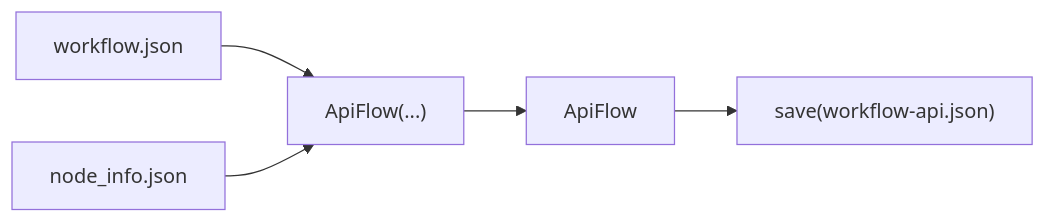
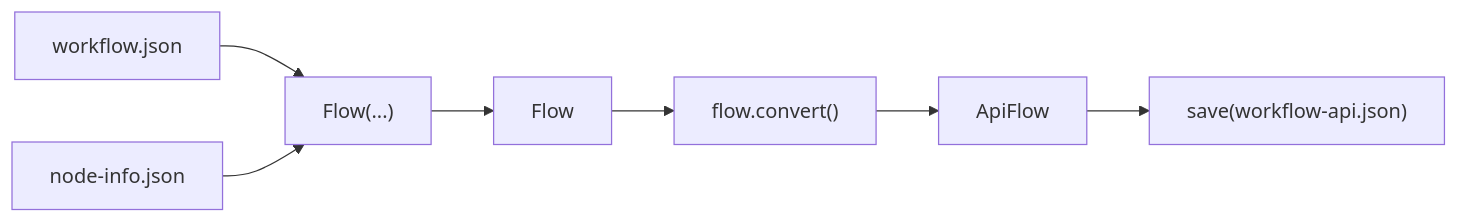
The fifth of 6 diagrams in README.md (chrisdreid/comfyui-autoflow), drawn with Mermaid before and after one commit. The commit also changed other lines of this file and 1 other file, not shown here.

First line of the commit message:
docs: restructure README feature table, Flow-first examples, move tests to CONTRIBUTING

````diff
--- a/README.md
+++ b/README.md
@@ -169,7 +174,9 @@
 ```mermaid
 flowchart LR
-  workflowJson["workflow.json"] --> wf["ApiFlow(...)"]
-  objectInfo["node_info.json"] --> wf
-  wf --> apiFlow["ApiFlow"]
+  workflowJson["workflow.json"] --> wf["Flow(...)"]
+  objectInfo["node-info.json"] --> wf
+  wf --> flow["Flow"]
+  flow --> convert["flow.convert()"]
+  convert --> apiFlow["ApiFlow"]
   apiFlow --> saveApi["save(workflow-api.json)"]
 ```
````
